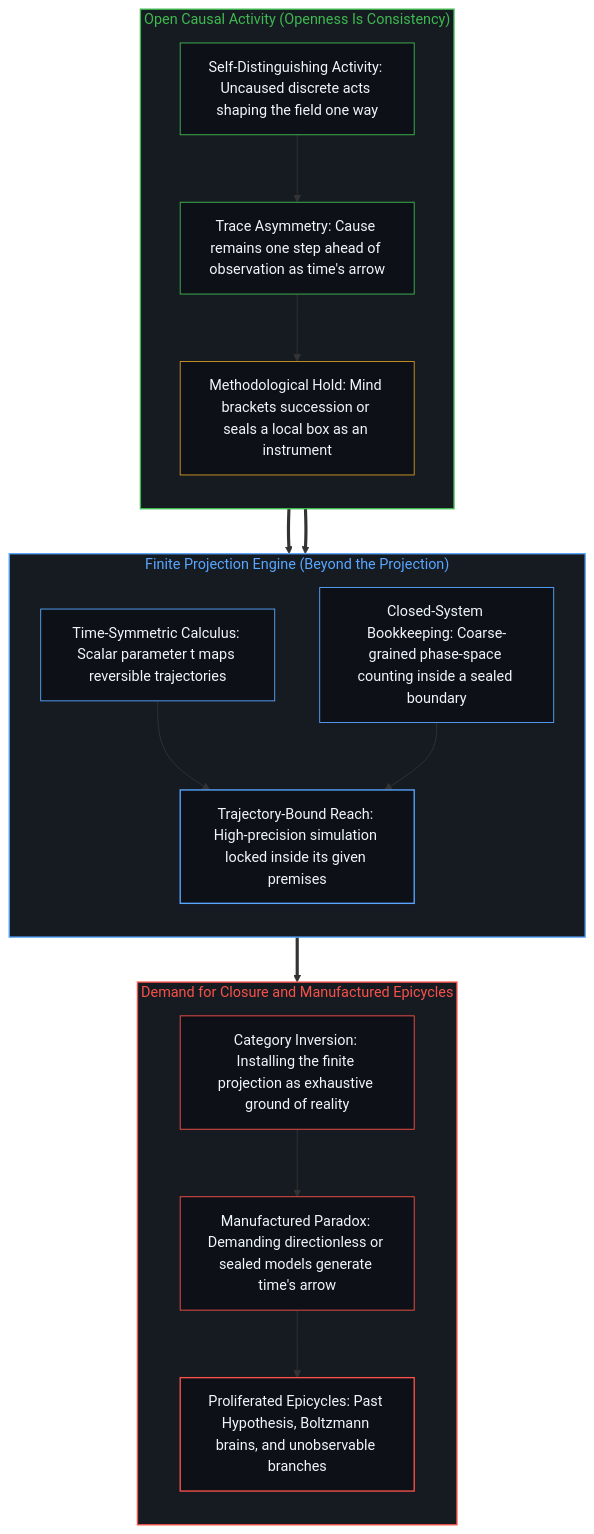
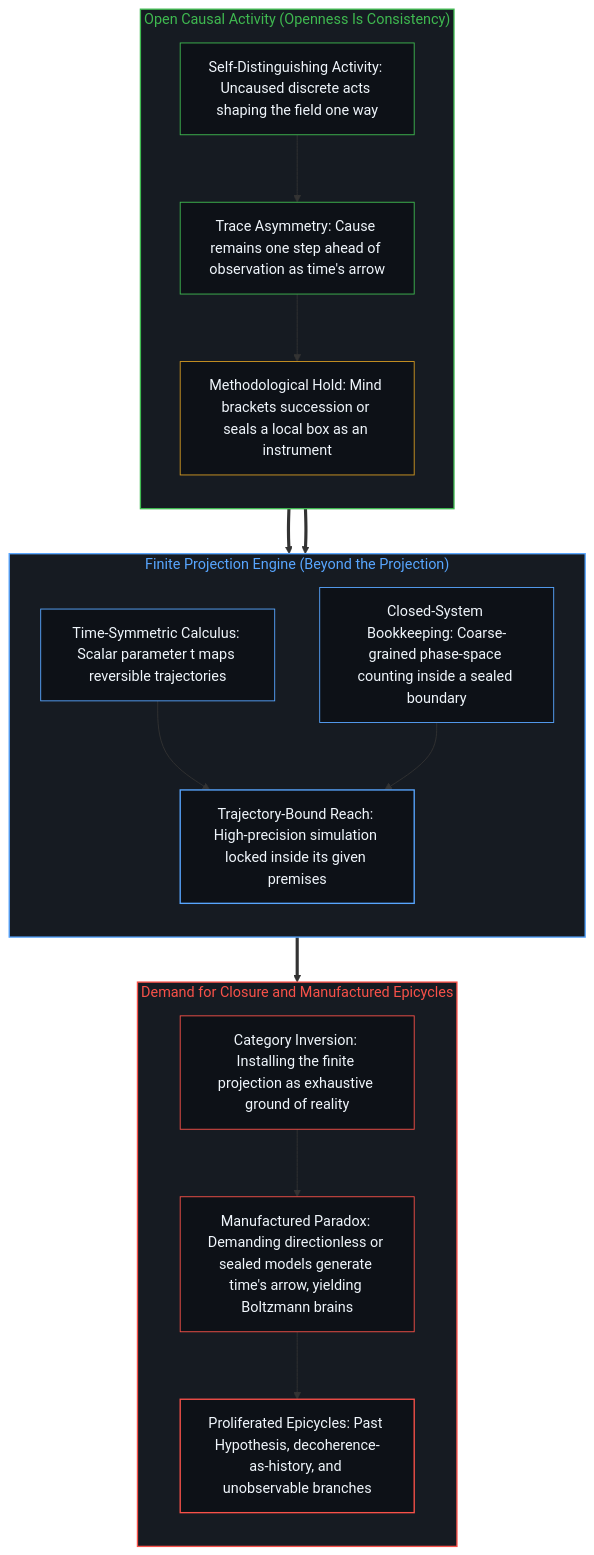
Before and after one commit to powerpig99/not-a-toe: the second of 2 diagrams in content/posts/the-mirage-of-times-arrow-and-the-boundaries-of-simulation.md, drawn with Mermaid. The commit also changed other lines of this file and 5 other files, not shown here.

Commit message:
Consolidate Deep Sleep Batch 7: demanding-a-toe-freezes-time-into-a-catalog, objects-are-stabilized-relationships, determinism-is-the-statistical-signature-of-micro-indeterminism, the-velocity-of-visibility, the-mirage-of-times-arrow-and-the-boundaries-of-simulation

````diff
--- a/content/posts/the-mirage-of-times-arrow-and-the-boundaries-of-simulation.md
+++ b/content/posts/the-mirage-of-times-arrow-and-the-boundaries-of-simulation.md
@@ -70,40 +70,40 @@
 ```mermaid
 flowchart TD
     subgraph S_OpenEdge ["Open Causal Activity (Openness Is Consistency)"]
         direction TB
         O_Act["Self-Distinguishing Activity: Uncaused discrete acts shaping the field one way"]
         O_Asym["Trace Asymmetry: Cause remains one step ahead of observation as time's arrow"]
         O_Hold["Methodological Hold: Mind brackets succession or seals a local box as an instrument"]
         O_Act --> O_Asym --> O_Hold
     end
     subgraph S_Projection ["Finite Projection Engine (Beyond the Projection)"]
         direction TB
         P_Sym["Time-Symmetric Calculus: Scalar parameter t maps reversible trajectories"]
         P_Box["Closed-System Bookkeeping: Coarse-grained phase-space counting inside a sealed boundary"]
         P_Limit["Trajectory-Bound Reach: High-precision simulation locked inside its given premises"]
         P_Sym --> P_Limit
         P_Box --> P_Limit
     end
     subgraph S_Inversion ["Demand for Closure and Manufactured Epicycles"]
         direction TB
         I_Reify["Category Inversion: Installing the finite projection as exhaustive ground of reality"]
-        I_Paradox["Manufactured Paradox: Demanding directionless or sealed models generate time's arrow"]
-        I_Patch["Proliferated Epicycles: Past Hypothesis, Boltzmann brains, and unobservable branches"]
+        I_Paradox["Manufactured Paradox: Demanding directionless or sealed models generate time's arrow, yielding Boltzmann brains"]
+        I_Patch["Proliferated Epicycles: Past Hypothesis, decoherence-as-history, and unobservable branches"]
         I_Reify --> I_Paradox --> I_Patch
     end
     O_Hold ==> P_Sym
     O_Hold ==> P_Box
     P_Limit ==> I_Reify
     style S_OpenEdge fill:#161b22,stroke:#3fb950,stroke-width:1.5px,color:#3fb950
     style S_Projection fill:#161b22,stroke:#58a6ff,stroke-width:1.5px,color:#58a6ff
     style S_Inversion fill:#161b22,stroke:#f85149,stroke-width:1.5px,color:#f85149
     style O_Act fill:#0d1117,stroke:#3fb950,stroke-width:1px,color:#f0f6fc
     style O_Asym fill:#0d1117,stroke:#3fb950,stroke-width:1px,color:#f0f6fc
     style O_Hold fill:#0d1117,stroke:#d29922,stroke-width:1px,color:#f0f6fc
     style P_Sym fill:#0d1117,stroke:#58a6ff,stroke-width:1px,color:#f0f6fc
     style P_Box fill:#0d1117,stroke:#58a6ff,stroke-width:1px,color:#f0f6fc
     style P_Limit fill:#0d1117,stroke:#58a6ff,stroke-width:1.5px,color:#f0f6fc
     style I_Reify fill:#0d1117,stroke:#f85149,stroke-width:1px,color:#f0f6fc
     style I_Paradox fill:#0d1117,stroke:#f85149,stroke-width:1px,color:#f0f6fc
     style I_Patch fill:#0d1117,stroke:#f85149,stroke-width:1.5px,color:#f0f6fc
 ```
````
